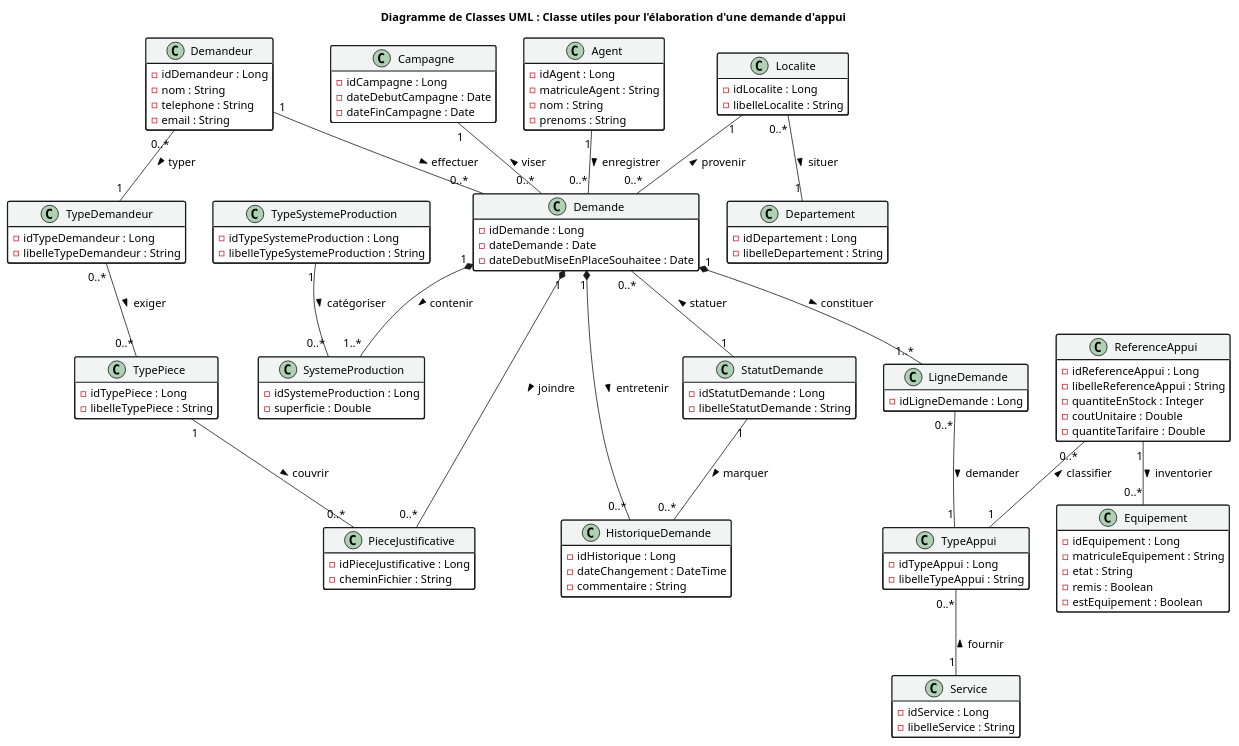
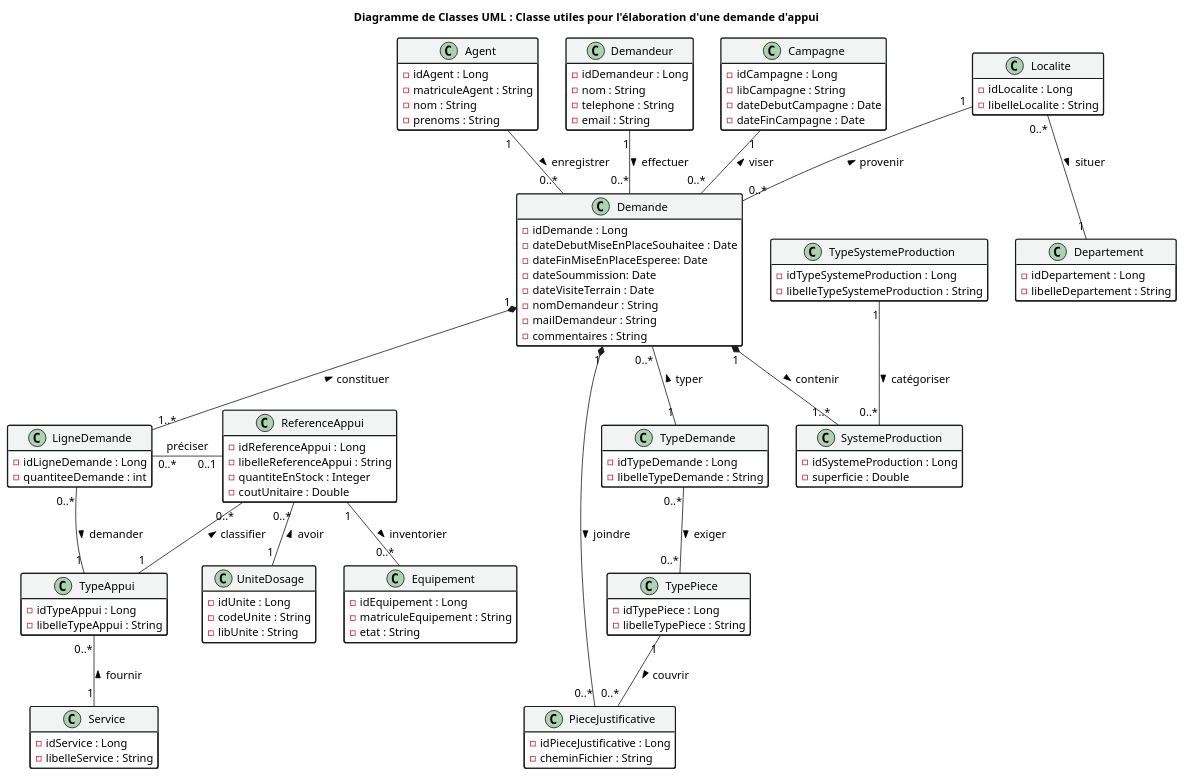
One commit to marasse-codec/ORYZAPP changed the diagram in docs/classes/M_classe_demande.puml. Above: the diagram before and after it, drawn with PlantUML. The commit also changed 242 other files, not shown here.

Commit message:
Dashbord et Charts

```diff
--- a/docs/classes/M_classe_demande.puml
+++ b/docs/classes/M_classe_demande.puml
@@ -1,165 +1,175 @@
 @startuml elab_demande_uml
 title Diagramme de Classes UML : Classe utiles pour l'élaboration d'une demande d'appui
 
 skinparam shadowing false
 skinparam defaultFontName "Segoe UI", sans-serif
 skinparam backgroundColor #FFFFFF
 
 skinparam class {
     BackgroundColor #FFFFFF
     HeaderBackgroundColor #F2F4F4
     BorderColor #1A1A1A
     FontColor #000000
     AttributeFontColor #000000
     MethodFontColor #000000
     FontSize 16
     AttributeFontSize 14
     MethodFontSize 14
     BorderThickness 1.5
 }
 
 skinparam arrow {
     Color #1A1A1A
     FontColor #000000
     FontSize 14
 }
 hide empty members
 
 ' ============================================================
 ' ENTITÉS
 ' ============================================================
 
-class TypeDemandeur {
-  - idTypeDemandeur : Long
-  - libelleTypeDemandeur : String
+class TypeDemande {
+  - idTypeDemande : Long
+  - libelleTypeDemande : String
 }
 
 class TypePiece {
   - idTypePiece : Long
   - libelleTypePiece : String
 }
 
 class Demandeur {
   - idDemandeur : Long
   - nom : String
   - telephone : String
   - email : String
 }
 
 class Agent {
   - idAgent : Long
   - matriculeAgent : String
   - nom : String
   - prenoms : String
 }
 
 class Departement {
   - idDepartement : Long
   - libelleDepartement : String
 }
 
 class Localite {
   - idLocalite : Long
   - libelleLocalite : String
 }
 
 class Campagne {
   - idCampagne : Long
+  - libCampagne : String
   - dateDebutCampagne : Date
   - dateFinCampagne : Date
 }
 
-class StatutDemande {
-  - idStatutDemande : Long
-  - libelleStatutDemande : String
-}
+' class StatutDemande {
+'   - idStatutDemande : Long
+'   - libelleStatutDemande : String
+' }
+
+' class HistoriqueDemande {
+'   - idHistorique : Long
+'   - dateChangement : DateTime
+'   - commentaire : String
+' }
 
 class Demande {
   - idDemande : Long
-  - dateDemande : Date
   - dateDebutMiseEnPlaceSouhaitee : Date
+  - dateFinMiseEnPlaceEsperee: Date
+  - dateSoummission: Date
+  - dateVisiteTerrain : Date
+  - nomDemandeur : String
+  - mailDemandeur : String
+  - commentaires : String
 }
 
-class HistoriqueDemande {
-  - idHistorique : Long
-  - dateChangement : DateTime
-  - commentaire : String
-}
-
-Demande "1" *-- "0..*" HistoriqueDemande : entretenir >
-StatutDemande "1" -- "0..*" HistoriqueDemande : marquer >
-
+' Demande "1" *-- "0..*" HistoriqueDemande : entretenir >
+' StatutDemande "1" -- "0..*" HistoriqueDemande : marquer >
 
 class PieceJustificative {
   - idPieceJustificative : Long
   - cheminFichier : String
 }
 
 class TypeSystemeProduction {
   - idTypeSystemeProduction : Long
   - libelleTypeSystemeProduction : String
 }
 
 class SystemeProduction {
   - idSystemeProduction : Long
   - superficie : Double
 }
 
 class LigneDemande {
   - idLigneDemande : Long
+  - quantiteeDemande : int
 }
+
+LigneDemande "0..*" - "0..1" ReferenceAppui : "préciser" 
 
 class Service {
   - idService : Long
   - libelleService : String
 }
 
 class TypeAppui {
   - idTypeAppui : Long
   - libelleTypeAppui : String
 }
 
 class ReferenceAppui {
   - idReferenceAppui : Long
   - libelleReferenceAppui : String
   - quantiteEnStock : Integer
   - coutUnitaire : Double
-  - quantiteTarifaire : Double
+}
+
+class UniteDosage {
+  - idUnite : Long
+  - codeUnite : String
+  - libUnite : String
 }
 
 class Equipement {
   - idEquipement : Long
   - matriculeEquipement : String
   - etat : String
-  - remis : Boolean
-  - estEquipement : Boolean
-
 }
 
 ReferenceAppui "1" -- "0..*" Equipement : inventorier >
 
 ' ============================================================
 ' ASSOCIATIONS
 ' ============================================================
 
-Demandeur "0..*" -- "1" TypeDemandeur : typer >
-TypeDemandeur "0..*" -- "0..*" TypePiece : exiger >
+Demande "0..*" -- "1" TypeDemande : typer <
+TypeDemande "0..*" -- "0..*" TypePiece : exiger >
 
 Demandeur "1" -- "0..*" Demande : effectuer >
 Agent "1" -- "0..*" Demande : enregistrer >
-Demande "0..*" -- "1" StatutDemande : statuer <
+' Demande "0..*" -- "1" StatutDemande : statuer <
 Campagne "1" -- "0..*" Demande : viser <
 Localite "1" -- "0..*" Demande : provenir <
 Localite "0..*" -- "1" Departement : situer >
 
 Demande "1" *-- "0..*" PieceJustificative : joindre >
 TypePiece "1" -- "0..*" PieceJustificative : couvrir >
 Demande "1" *-- "1..*" SystemeProduction : contenir >
 TypeSystemeProduction "1" -- "0..*" SystemeProduction : catégoriser >
-Demande "1" *-- "1..*" LigneDemande : constituer >
+Demande "1" *-- "1..*" LigneDemande : constituer <
 
 LigneDemande "0..*" -- "1" TypeAppui : demander >
 TypeAppui "0..*" -- "1" Service : fournir <
 ReferenceAppui "0..*" -- "1" TypeAppui : classifier <
-
+ReferenceAppui "0..*" -- "1" UniteDosage : avoir <
 @enduml
```
